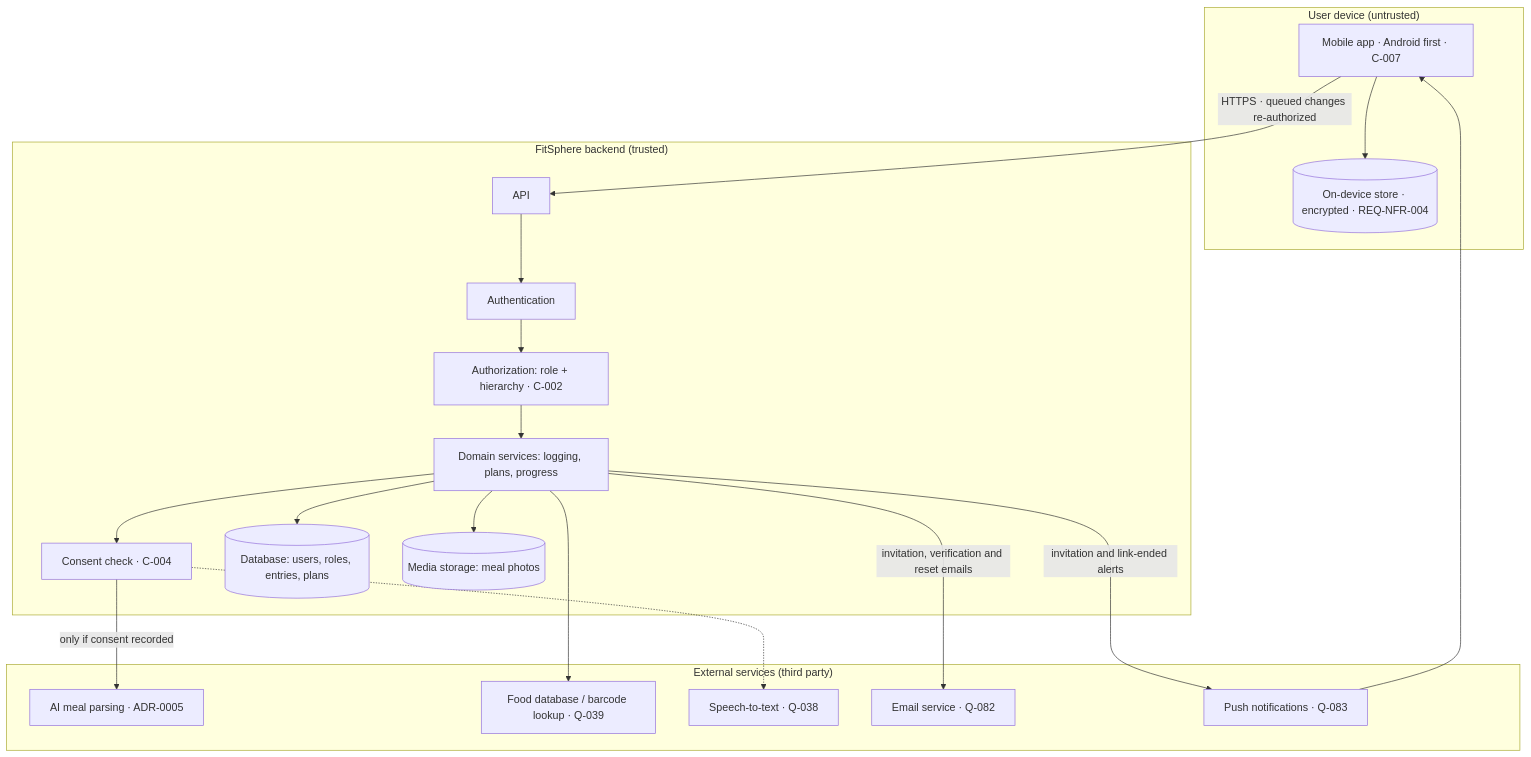
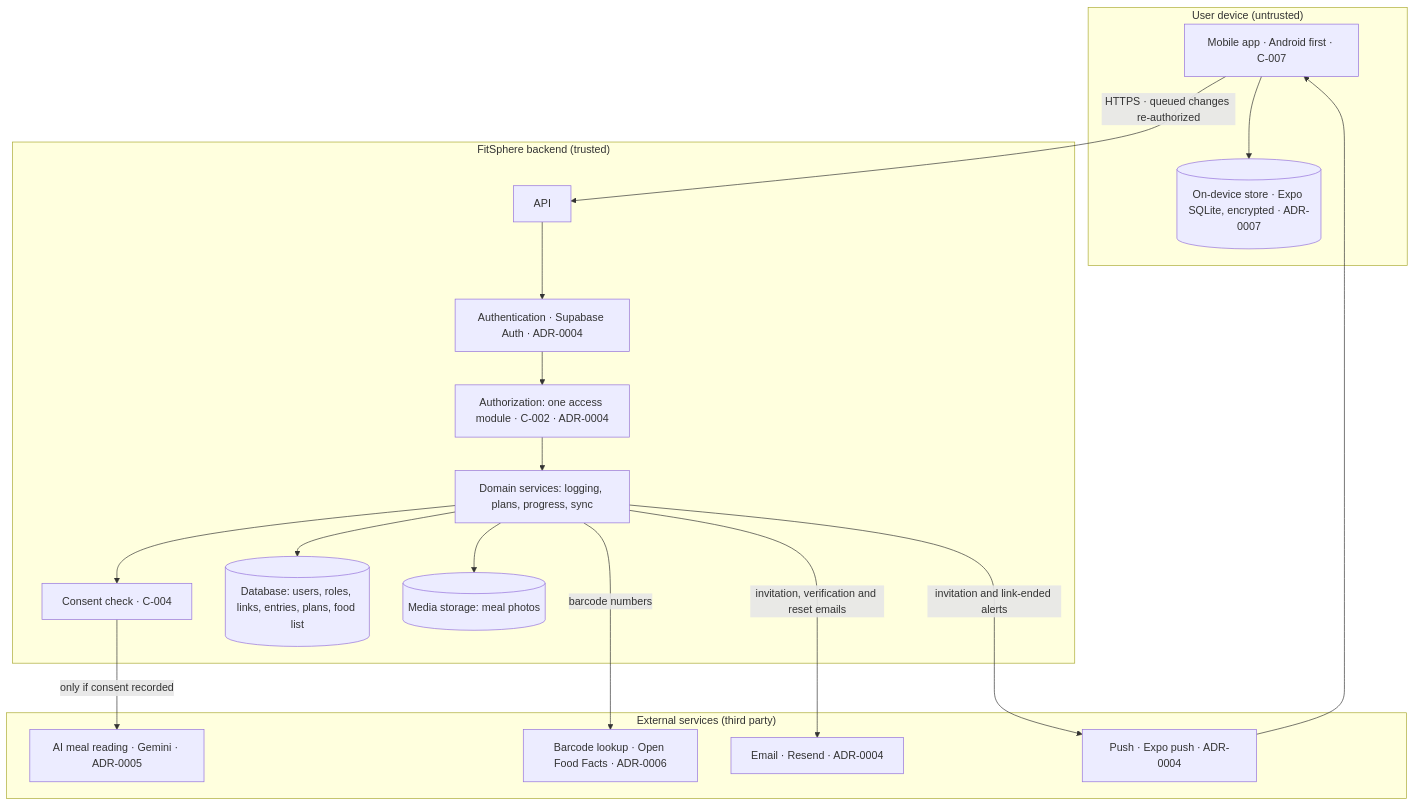
One commit to pradeepKumawatPalara/fitsphere changed the third of 3 diagrams in flow.md. Above: the diagram before and after it, drawn with Mermaid. The commit also changed other lines of this file and 19 other files, not shown here.

````diff
--- a/flow.md
+++ b/flow.md
@@ -51,35 +53,33 @@
 ```mermaid
 flowchart TD
     subgraph Device["User device (untrusted)"]
         APP[Mobile app · Android first · C-007]
-        LOCAL[(On-device store · encrypted · REQ-NFR-004)]
+        LOCAL[(On-device store · Expo SQLite, encrypted · ADR-0007)]
     end
     subgraph Backend["FitSphere backend (trusted)"]
         API[API]
-        AUTHN[Authentication]
-        AUTHZ[Authorization: role + hierarchy · C-002]
-        SVC[Domain services: logging, plans, progress]
+        AUTHN[Authentication · Supabase Auth · ADR-0004]
+        AUTHZ[Authorization: one access module · C-002 · ADR-0004]
+        SVC[Domain services: logging, plans, progress, sync]
         CONSENT[Consent check · C-004]
-        DB[(Database: users, roles, entries, plans)]
+        DB[(Database: users, roles, links, entries, plans, food list)]
         FILES[(Media storage: meal photos)]
     end
     subgraph External["External services (third party)"]
-        AIP[AI meal parsing · ADR-0005]
-        FOOD[Food database / barcode lookup · Q-039]
-        STT[Speech-to-text · Q-038]
-        EMAIL[Email service · Q-082]
-        PUSH[Push notifications · Q-083]
+        AIP[AI meal reading · Gemini · ADR-0005]
+        FOOD[Barcode lookup · Open Food Facts · ADR-0006]
+        EMAIL[Email · Resend · ADR-0004]
+        PUSH[Push · Expo push · ADR-0004]
     end
     APP --> LOCAL
     APP -- HTTPS · queued changes re-authorized --> API
     API --> AUTHN --> AUTHZ --> SVC
     SVC --> DB
     SVC --> FILES
     SVC --> CONSENT
     CONSENT -- only if consent recorded --> AIP
-    CONSENT -.-> STT
-    SVC --> FOOD
+    SVC -- barcode numbers --> FOOD
     SVC -- invitation, verification and reset emails --> EMAIL
     SVC -- invitation and link-ended alerts --> PUSH
     PUSH --> APP
 ```
````
